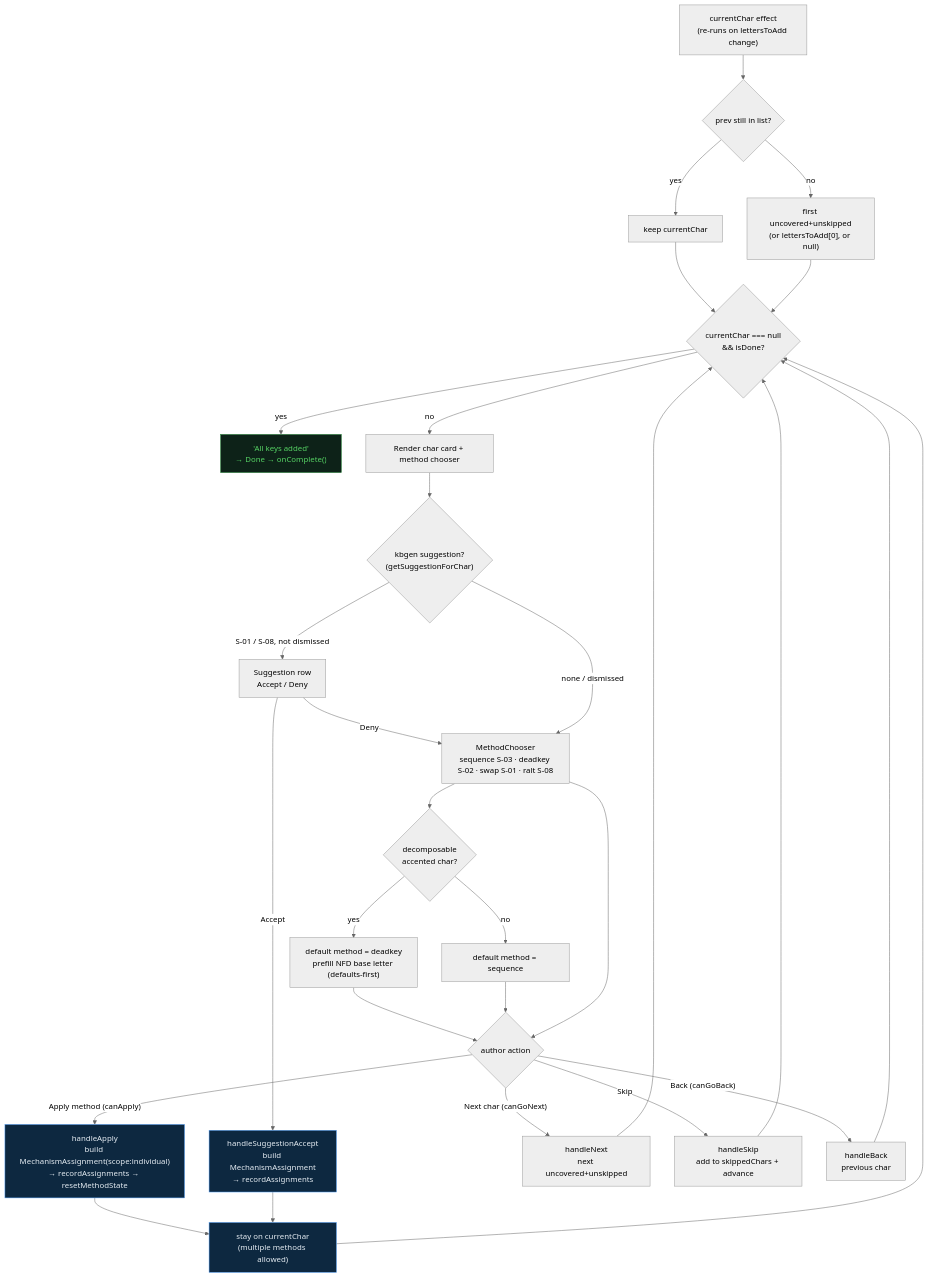
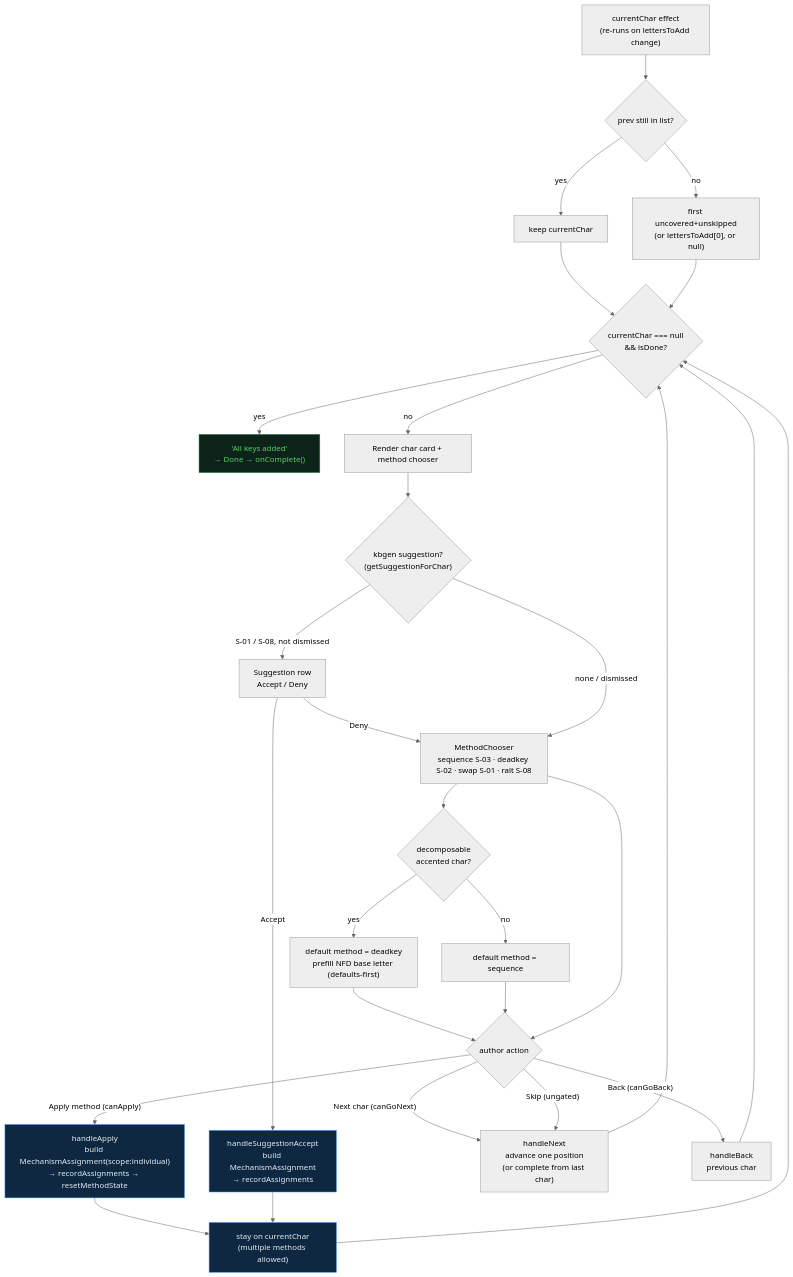
One commit to keyboard-studio/keyboard-studio changed the second of 5 diagrams in docs/design-notes/mechanism-gallery-flow.md. Above: the diagram before and after it, drawn with Mermaid (neutral theme). The commit also changed other lines of this file and 1 other file, not shown here.

First line of the commit message:
docs: sync assign-loop design notes with skip/touchDraft changes

````diff
--- a/docs/design-notes/mechanism-gallery-flow.md
+++ b/docs/design-notes/mechanism-gallery-flow.md
@@ -56,42 +57,41 @@
 ```mermaid
 flowchart TD
   START["currentChar effect<br/>(re-runs on lettersToAdd change)"] --> PICK{"prev still in list?"}
   PICK -- yes --> KEEP["keep currentChar"]
   PICK -- no --> FIRST["first uncovered+unskipped<br/>(or lettersToAdd[0], or null)"]
   KEEP --> RENDER
   FIRST --> RENDER
 
   RENDER{"currentChar === null<br/>&& isDone?"} -- yes --> DONE["'All keys added'<br/>→ Done → onComplete()"]
   RENDER -- no --> CARD["Render char card + method chooser"]
 
   CARD --> SEED{"kbgen suggestion?<br/>(getSuggestionForChar)"}
   SEED -- "S-01 / S-08, not dismissed" --> SUG["Suggestion row<br/>Accept / Deny"]
   SUG -- Accept --> APPLYSUG["handleSuggestionAccept<br/>build MechanismAssignment<br/>→ recordAssignments"]
   SUG -- Deny --> CHOOSE
   SEED -- "none / dismissed" --> CHOOSE
 
   CHOOSE["MethodChooser<br/>sequence S-03 · deadkey S-02 · swap S-01 · ralt S-08"] --> DEF{"decomposable<br/>accented char?"}
   DEF -- yes --> PREDK["default method = deadkey<br/>prefill NFD base letter (defaults-first)"]
   DEF -- no --> SEQDEF["default method = sequence"]
   PREDK --> ACT
   SEQDEF --> ACT
 
   ACT{"author action"}
   CHOOSE --> ACT
   ACT -- "Apply method (canApply)" --> APPLY["handleApply<br/>build MechanismAssignment(scope:individual)<br/>→ recordAssignments → resetMethodState"]
-  ACT -- "Next char (canGoNext)" --> NEXT["handleNext<br/>next uncovered+unskipped"]
-  ACT -- "Skip" --> SKIP["handleSkip<br/>add to skippedChars + advance"]
+  ACT -- "Next char (canGoNext)" --> NEXT["handleNext<br/>advance one position<br/>(or complete from last char)"]
+  ACT -- "Skip (ungated)" --> NEXT
   ACT -- "Back (canGoBack)" --> BACK["handleBack<br/>previous char"]
 
   APPLY --> STAY["stay on currentChar<br/>(multiple methods allowed)"]
   APPLYSUG --> STAY
   STAY --> RENDER
   NEXT --> RENDER
-  SKIP --> RENDER
   BACK --> RENDER
 
   classDef done fill:#0d2218,stroke:#238636,color:#56d364;
   classDef write fill:#0d2840,stroke:#58a6ff,color:#e6edf3;
   class DONE done;
   class APPLY,APPLYSUG,STAY write;
 ```
````
